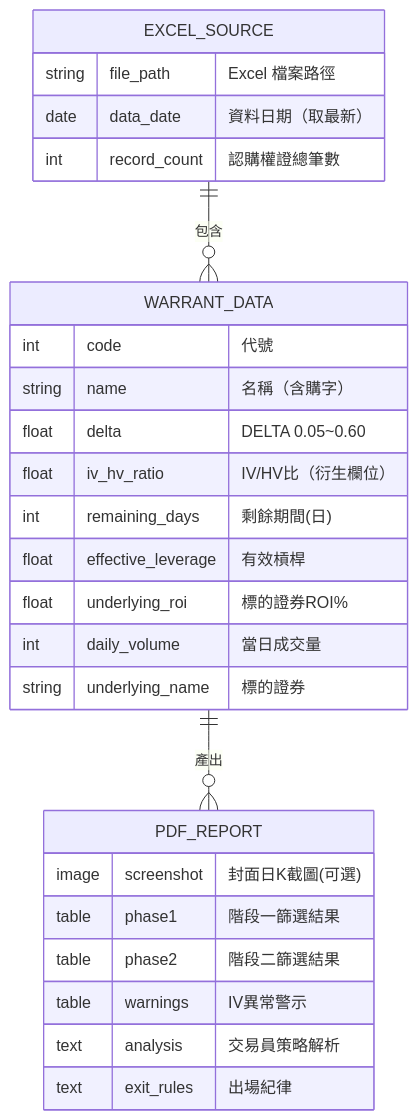
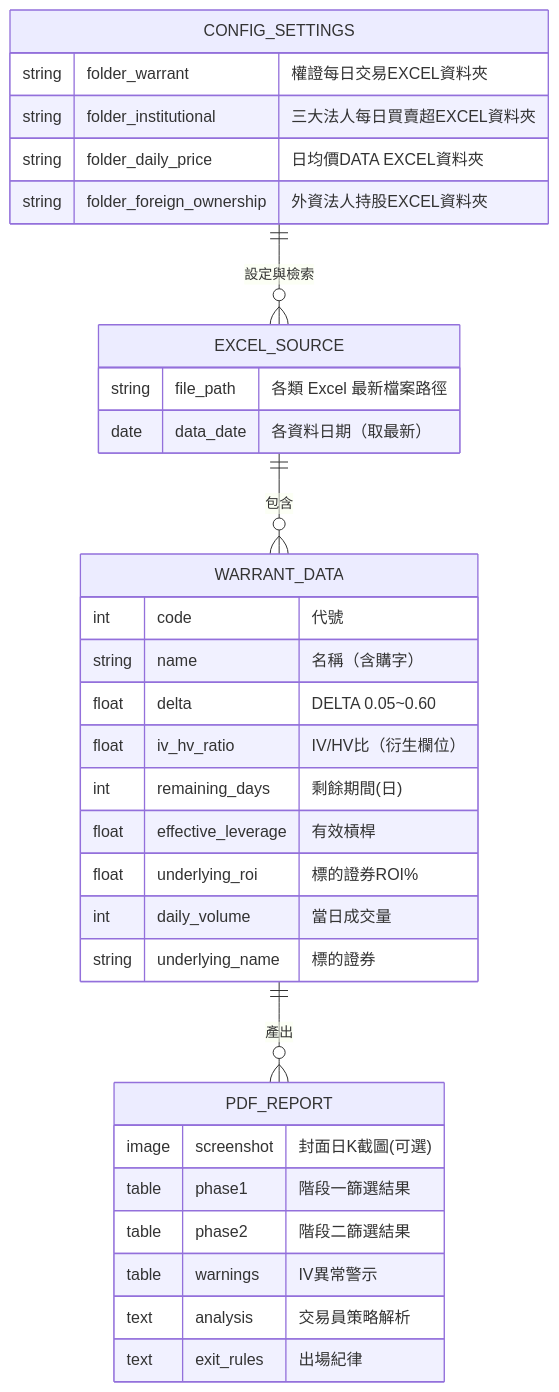
One commit to kkla1016/w-insight changed the second of 10 diagrams in spec.md. Above: the diagram before and after it, drawn with Mermaid. The commit also changed other lines of this file and 9 other files, not shown here.

````diff
--- a/spec.md
+++ b/spec.md
@@ -45,29 +45,35 @@
 ```mermaid
 erDiagram
+    CONFIG_SETTINGS {
+        string folder_warrant "權證每日交易EXCEL資料夾"
+        string folder_institutional "三大法人每日買賣超EXCEL資料夾"
+        string folder_daily_price "日均價DATA EXCEL資料夾"
+        string folder_foreign_ownership "外資法人持股EXCEL資料夾"
+    }
     EXCEL_SOURCE {
-        string file_path "Excel 檔案路徑"
-        date data_date "資料日期（取最新）"
-        int record_count "認購權證總筆數"
+        string file_path "各類 Excel 最新檔案路徑"
+        date data_date "各資料日期（取最新）"
     }
     WARRANT_DATA {
         int code "代號"
         string name "名稱（含購字）"
         float delta "DELTA 0.05~0.60"
         float iv_hv_ratio "IV/HV比（衍生欄位）"
         int remaining_days "剩餘期間(日)"
         float effective_leverage "有效槓桿"
         float underlying_roi "標的證券ROI%"
         int daily_volume "當日成交量"
         string underlying_name "標的證券"
     }
     PDF_REPORT {
         image screenshot "封面日K截圖(可選)"
         table phase1 "階段一篩選結果"
         table phase2 "階段二篩選結果"
         table warnings "IV異常警示"
         text analysis "交易員策略解析"
         text exit_rules "出場紀律"
     }
+    CONFIG_SETTINGS ||--o{ EXCEL_SOURCE : "設定與檢索"
     EXCEL_SOURCE ||--o{ WARRANT_DATA : "包含"
     WARRANT_DATA ||--o{ PDF_REPORT : "產出"
 ```
````
